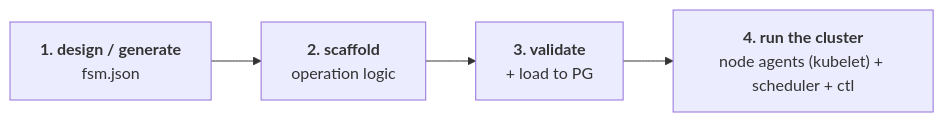
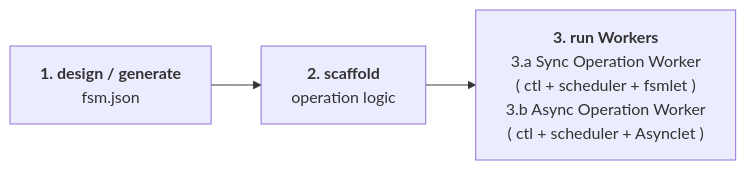
The diagram in README.md (Nirajkashyap/fsm), drawn with Mermaid before and after one commit. The commit also changed other lines of this file and 4 other files, not shown here.

````diff
--- a/README.md
+++ b/README.md
@@ -15,6 +15,5 @@
 ```mermaid
 flowchart LR
     A["<b>1. design / generate</b><br/>fsm.json"] --> B["<b>2. scaffold</b><br/>operation logic"]
-    B --> C["<b>3. validate</b><br/>+ load to PG"]
-    C --> D["<b>4. run the cluster</b><br/>node agents (kubelet) + scheduler + ctl"]
+    B --> C["<b>3. run Workers</b><br>3.a Sync Operation Worker <br>( ctl  + scheduler + fsmlet ) <br>3.b Async Operation Worker <br> ( ctl  + scheduler + Asynclet )"]
 ```
````
